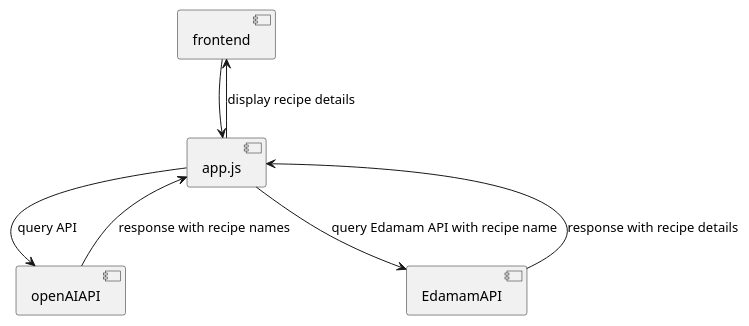
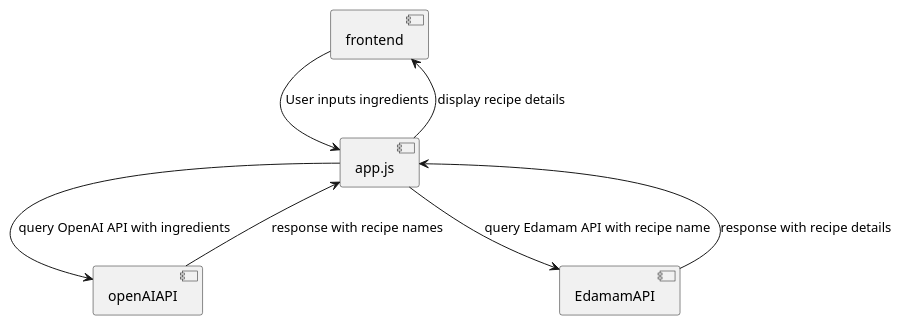
The diagram in diagram.puml (NoahB667/Recipify), drawn with PlantUML before and after one commit. The commit also changed 4 other files, not shown here.

```diff
--- a/diagram.puml
+++ b/diagram.puml
@@ -1,16 +1,16 @@
-@startuml
+@startuml Recipify
 
 component frontend
 component app.js
 component openAIAPI
 component EdamamAPI
 
 
-frontend --> app.js
-app.js --> openAIAPI: query API
+frontend --> app.js: User inputs ingredients
+app.js --> openAIAPI: query OpenAI API with ingredients
 openAIAPI --> app.js: response with recipe names
 app.js --> EdamamAPI: query Edamam API with recipe name
 EdamamAPI --> app.js: response with recipe details
 app.js --> frontend: display recipe details
 
 @enduml
```
